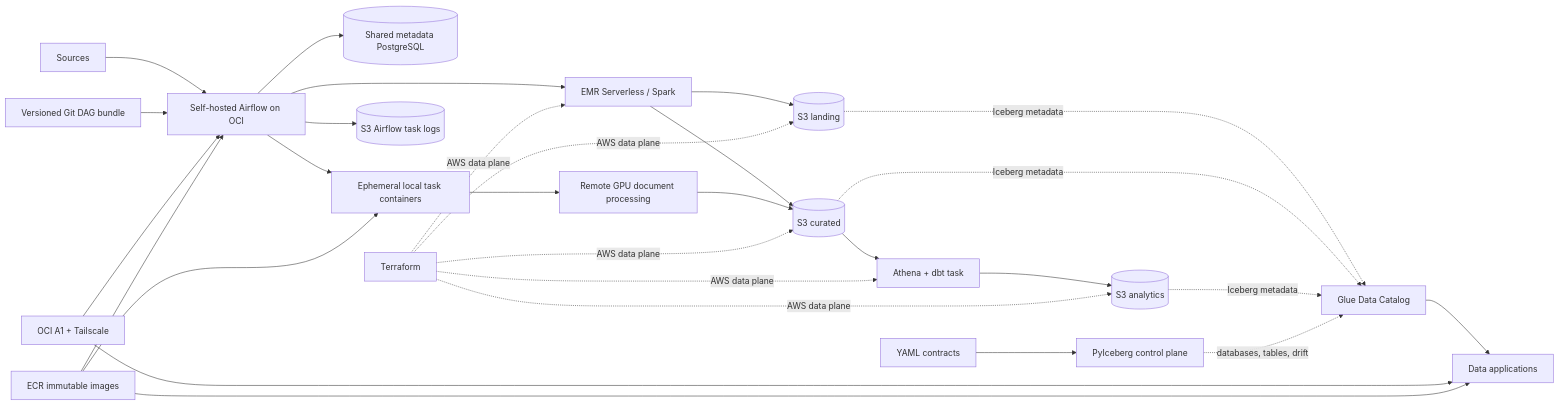
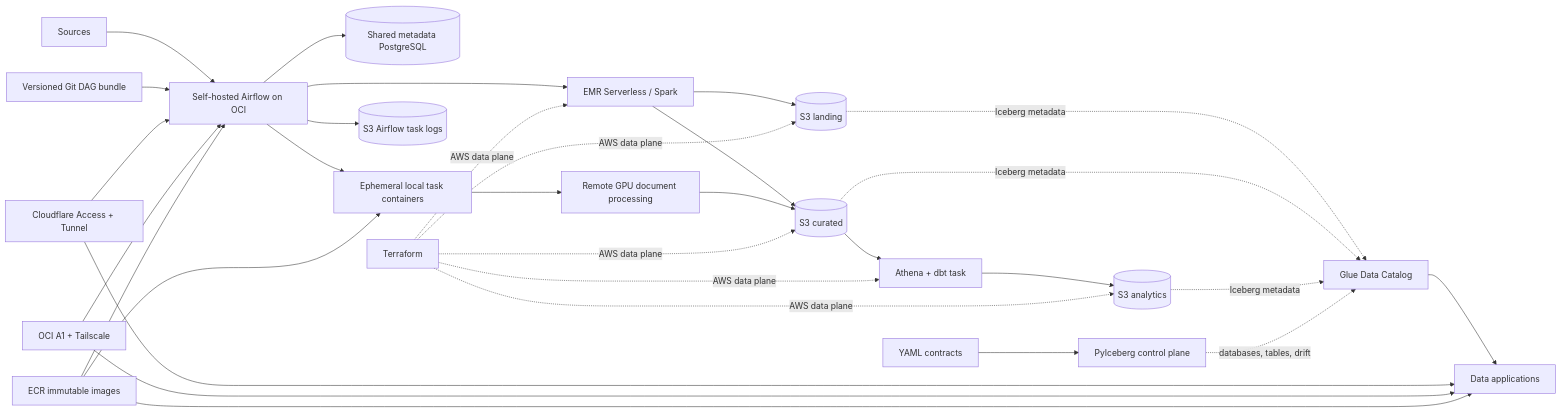
The diagram in README.md (ToGiaBaoKDL/mini-lakehouse), drawn with Mermaid before and after one commit. The commit also changed other lines of this file and 20 other files, not shown here.

Commit message:
feat(infra): deploy cloudflare tunnel connector

````diff
--- a/README.md
+++ b/README.md
@@ -7,24 +7,25 @@
 ```mermaid
 flowchart LR
     S[Sources] --> A[Self-hosted Airflow on OCI]
     B[Versioned Git DAG bundle] --> A
     A --> M[(Shared metadata PostgreSQL)]
     A --> E[EMR Serverless / Spark]
     A --> W[Ephemeral local task containers]
     A --> Z[(S3 Airflow task logs)]
     W --> R[Remote GPU document processing]
     E --> L[(S3 landing)]
     E --> C[(S3 curated)]
     R --> C
     L & C -. Iceberg metadata .-> G[Glue Data Catalog]
     C --> Q[Athena + dbt task]
     Q --> N[(S3 analytics)]
     N -. Iceberg metadata .-> G
     G --> D[Data applications]
+    F[Cloudflare Access + Tunnel] --> A & D
 
     T[Terraform] -. AWS data plane .-> L & C & N & E & Q
     O[OCI A1 + Tailscale] --> A & D
     X[ECR immutable images] --> A & W & D
     Y[YAML contracts] --> P[PyIceberg control plane]
     P -. databases, tables, drift .-> G
 ```
````
